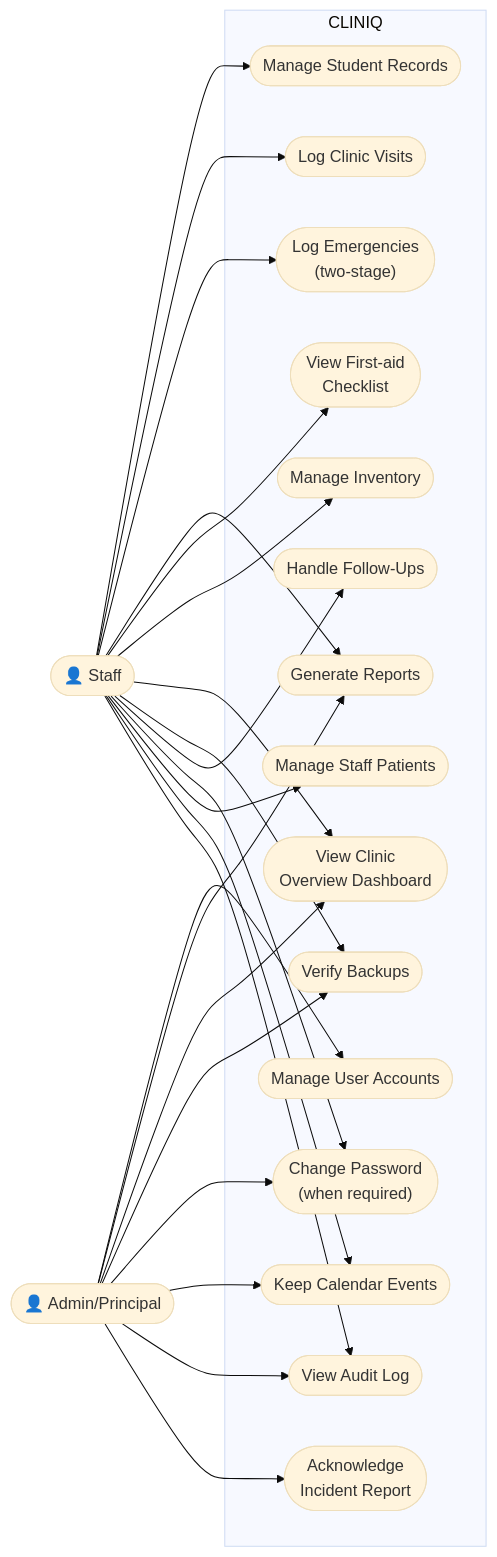
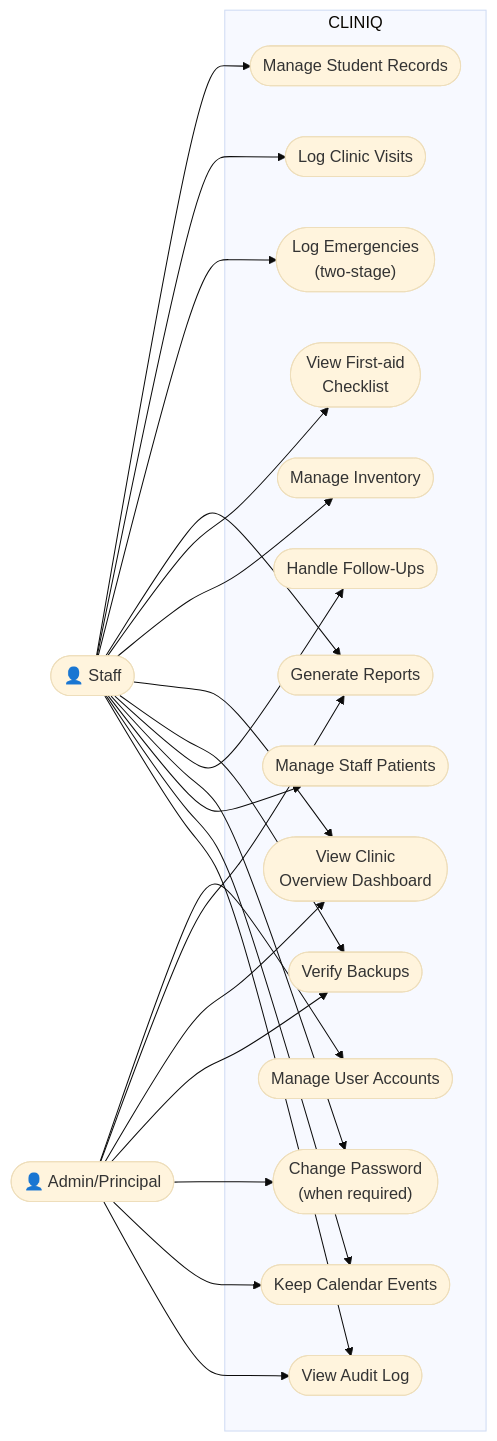
Before and after one commit to zekuuu/cliniq: the diagram in CLINIQ-Knowledge-Base/02-Architecture/Database/Use-Case-Diagram.md, drawn with Mermaid (base theme). The commit also changed other lines of this file and 17 other files, not shown here.

Commit message:
docs: remove Acknowledge from the requirements, design and diagrams

````diff
--- a/CLINIQ-Knowledge-Base/02-Architecture/Database/Use-Case-Diagram.md
+++ b/CLINIQ-Knowledge-Base/02-Architecture/Database/Use-Case-Diagram.md
@@ -7,26 +7,25 @@
 ```mermaid
 flowchart LR
     STAFF(["👤 Staff"])
     ADMIN(["👤 Admin/Principal"])
 
     subgraph System["CLINIQ"]
         UC1(["Manage User Accounts"])
         UC2(["Manage Student Records"])
         UC3(["Log Clinic Visits"])
         UC4(["Log Emergencies<br/>(two-stage)"])
         UC5(["Generate Reports"])
         UC7(["View First-aid<br/>Checklist"])
         UC8(["Manage Inventory"])
         UC9(["View Clinic<br/>Overview Dashboard"])
         UC10(["Verify Backups"])
         UC11(["Handle Follow-Ups"])
         UC12(["Change Password<br/>(when required)"])
         UC13(["Manage Staff Patients"])
         UC14(["Keep Calendar Events"])
         UC15(["View Audit Log"])
-        UC16(["Acknowledge<br/>Incident Report"])
     end
 
     STAFF --> UC2 & UC3 & UC4 & UC5 & UC7 & UC8 & UC9 & UC10 & UC11 & UC12 & UC13 & UC14 & UC15
-    ADMIN --> UC1 & UC5 & UC9 & UC10 & UC12 & UC14 & UC15 & UC16
+    ADMIN --> UC1 & UC5 & UC9 & UC10 & UC12 & UC14 & UC15
 ```
````
